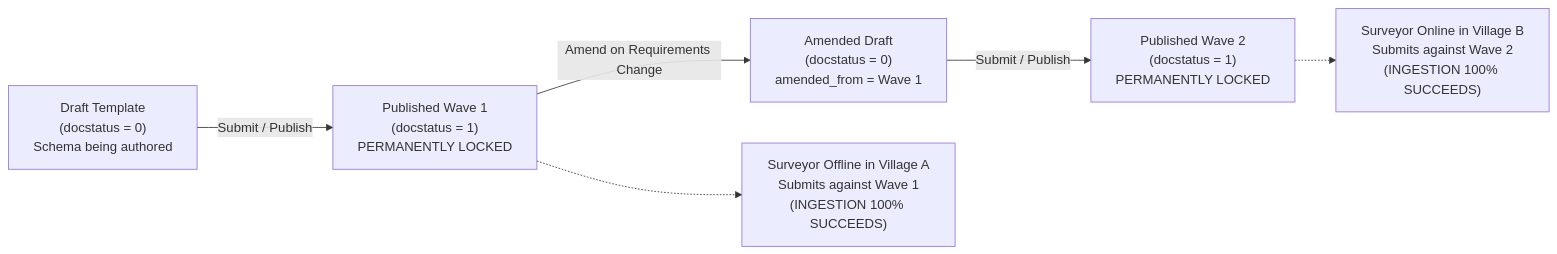
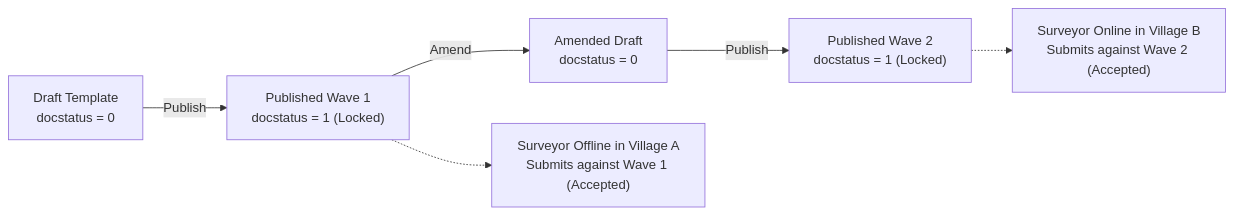
One commit to OmmNoMi/omniquery changed the first of 5 diagrams in ARCHITECTURE.md. Above: the diagram before and after it, drawn with Mermaid. The commit also changed other lines of this file and 1 other file, not shown here.

Commit message:
docs: fix Mermaid syntax for GitHub renderer compatibility in README and ARCHITECTURE

````diff
--- a/ARCHITECTURE.md
+++ b/ARCHITECTURE.md
@@ -47,9 +47,9 @@
 ```mermaid
 flowchart LR
-    Draft["Draft Template\n(docstatus = 0)\nSchema being authored"] -->|Submit / Publish| Wave1["Published Wave 1\n(docstatus = 1)\nPERMANENTLY LOCKED"]
-    Wave1 -->|Amend on Requirements Change| Wave2Draft["Amended Draft\n(docstatus = 0)\namended_from = Wave 1"]
-    Wave2Draft -->|Submit / Publish| Wave2["Published Wave 2\n(docstatus = 1)\nPERMANENTLY LOCKED"]
+    Draft["Draft Template<br/>docstatus = 0"] -->|Publish| Wave1["Published Wave 1<br/>docstatus = 1 (Locked)"]
+    Wave1 -->|Amend| Wave2Draft["Amended Draft<br/>docstatus = 0"]
+    Wave2Draft -->|Publish| Wave2["Published Wave 2<br/>docstatus = 1 (Locked)"]
 
-    Wave1 -.-> FieldResp1["Surveyor Offline in Village A\nSubmits against Wave 1\n(INGESTION 100% SUCCEEDS)"]
-    Wave2 -.-> FieldResp2["Surveyor Online in Village B\nSubmits against Wave 2\n(INGESTION 100% SUCCEEDS)"]
+    Wave1 -.-> FieldResp1["Surveyor Offline in Village A<br/>Submits against Wave 1 (Accepted)"]
+    Wave2 -.-> FieldResp2["Surveyor Online in Village B<br/>Submits against Wave 2 (Accepted)"]
 ```
````
